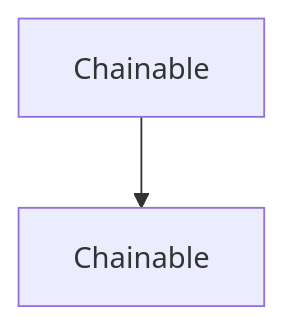
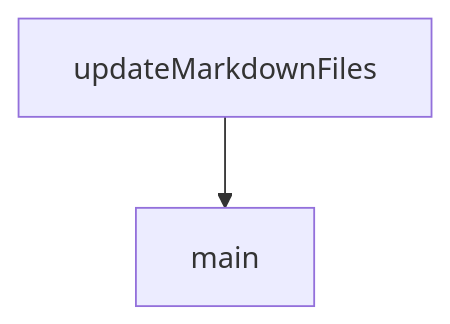
One commit to johnxie/awesome-code-docs changed the diagram in tutorials/refly-tutorial/06-observability-deployment-and-operations.md. Above: the diagram before and after it, drawn with Mermaid. The commit also changed other lines of this file and 1232 other files, not shown here.

````diff
--- a/tutorials/refly-tutorial/06-observability-deployment-and-operations.md
+++ b/tutorials/refly-tutorial/06-observability-deployment-and-operations.md
@@ -142,6 +124,6 @@
 ```mermaid
 flowchart TD
-    A[Chainable]
-    B[Chainable]
+    A[updateMarkdownFiles]
+    B[main]
     A --> B
 ```
````
